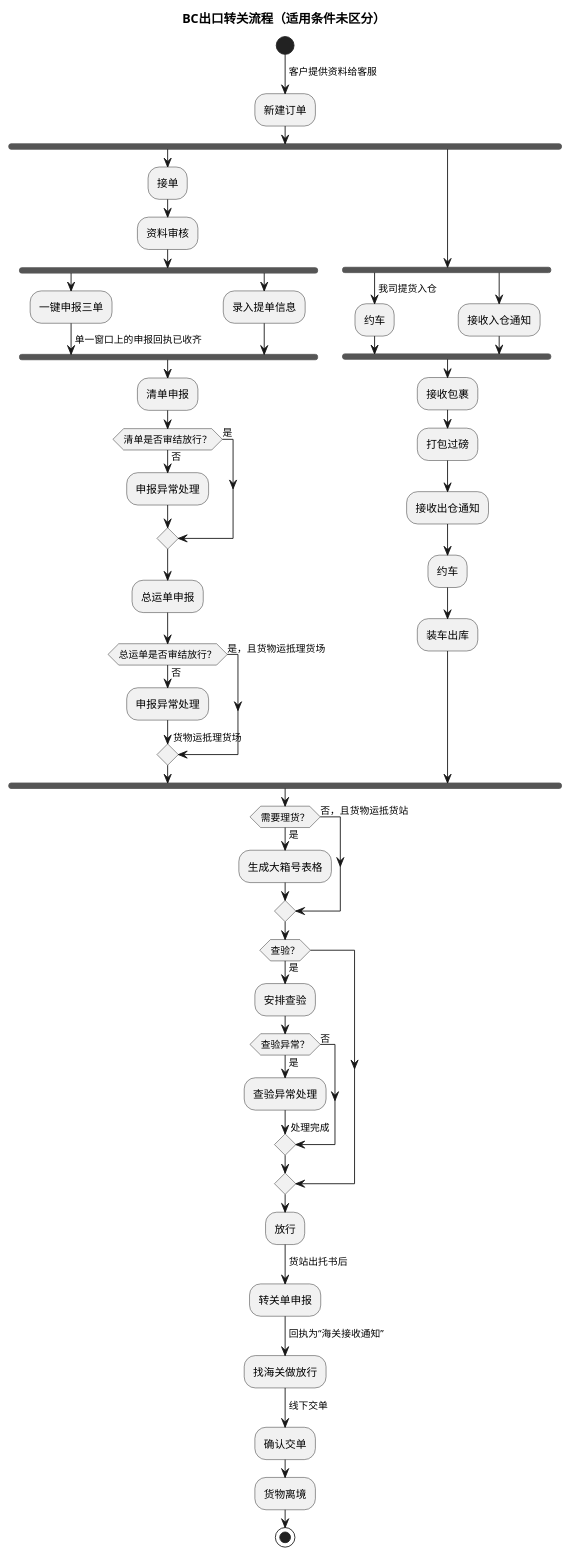
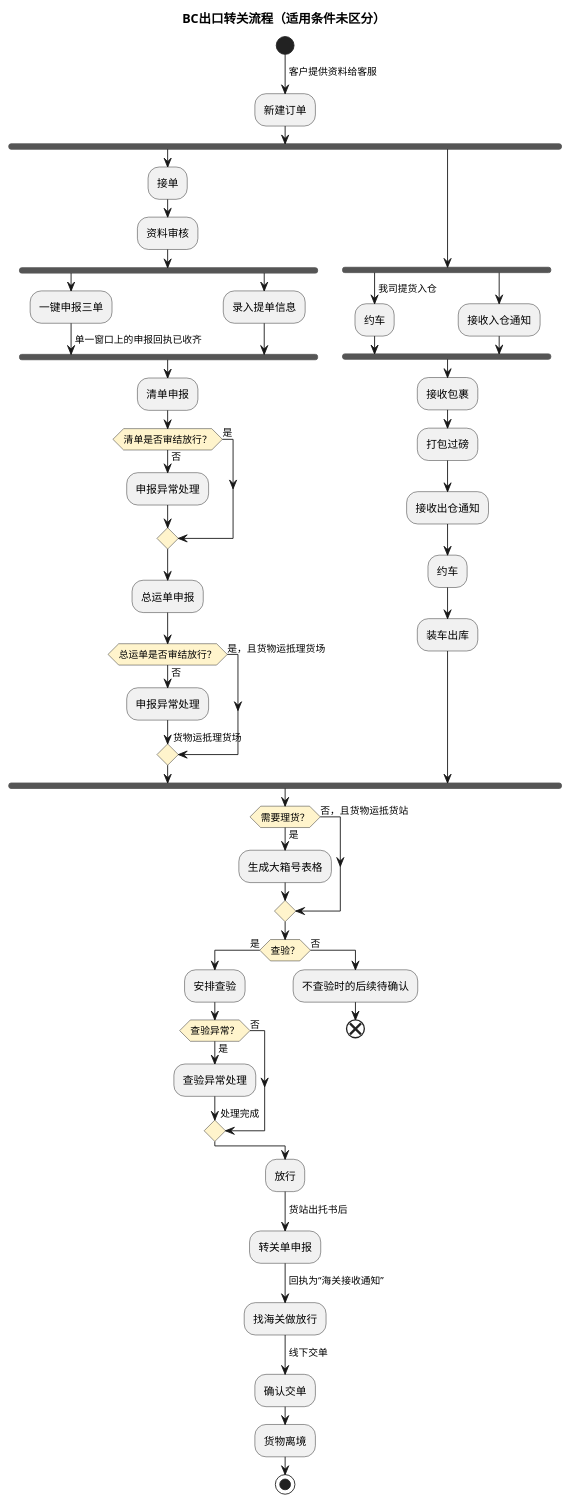
Before and after one commit to jack888332/projects-doc: the fifth of 5 diagrams in product-caliber/goldjet/segmented-prd/mainflow/PRD.高捷物流系统一期.主流程.04.跨境电商BC出口关务详细流程.md, drawn with PlantUML. The commit also changed other lines of this file and 20 other files, not shown here.

Commit message:
优化流程表对应的DLS图

````diff
--- a/product-caliber/goldjet/segmented-prd/mainflow/PRD.高捷物流系统一期.主流程.04.跨境电商BC出口关务详细流程.md
+++ b/product-caliber/goldjet/segmented-prd/mainflow/PRD.高捷物流系统一期.主流程.04.跨境电商BC出口关务详细流程.md
@@ -180,62 +184,66 @@
 ```plantuml
 @startuml
+skinparam activityDiamondBackgroundColor #FFF4CC
 title BC出口转关流程（适用条件未区分）
 start
 -> 客户提供资料给客服;
 :新建订单;
 fork
   :接单;
   :资料审核;
   fork
     :一键申报三单;
     -> 单一窗口上的申报回执已收齐;
   fork again
     :录入提单信息;
   end fork
   :清单申报;
   if (清单是否审结放行？) then (是)
   else (否)
     :申报异常处理;
   endif
   :总运单申报;
   if (总运单是否审结放行？) then (是，且货物运抵理货场)
   else (否)
     :申报异常处理;
     -> 货物运抵理货场;
   endif
 fork again
   fork
     -> 我司提货入仓;
     :约车;
   fork again
     :接收入仓通知;
   end fork
   :接收包裹;
   :打包过磅;
   :接收出仓通知;
   :约车;
   :装车出库;
 end fork
 if (需要理货？) then (是)
   :生成大箱号表格;
 else (否，且货物运抵货站)
 endif
 if (查验？) then (是)
   :安排查验;
   if (查验异常？) then (是)
     :查验异常处理;
     -> 处理完成;
   else (否)
   endif
+else (否)
+  :不查验时的后续待确认;
+  end
 endif
 :放行;
 -> 货站出托书后;
 :转关单申报;
 -> 回执为“海关接收通知”;
 :找海关做放行;
 -> 线下交单;
 :确认交单;
 :货物离境;
 stop
 @enduml
 ```
````
